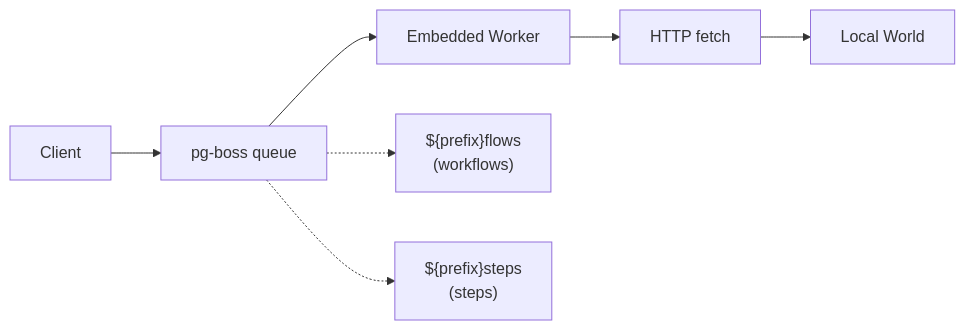
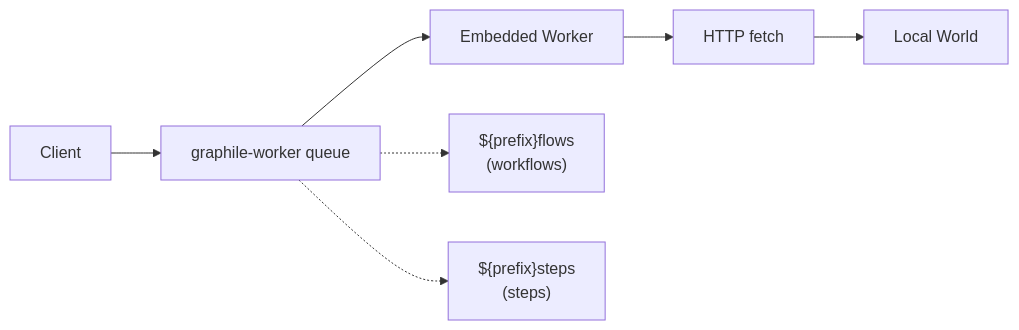
The diagram in packages/world-postgres/HOW_IT_WORKS.md (vercel/workflow), drawn with Mermaid before and after one commit. The commit also changed other lines of this file and 11 other files, not shown here.

````diff
--- a/packages/world-postgres/HOW_IT_WORKS.md
+++ b/packages/world-postgres/HOW_IT_WORKS.md
@@ -11,10 +11,10 @@
 ```mermaid
 graph LR
-    Client --> PG[pg-boss queue]
+    Client --> PG[graphile-worker queue]
     PG --> Worker[Embedded Worker]
     Worker --> HTTP[HTTP fetch]
     HTTP --> EW[Local World]
 
     PG -.-> F["${prefix}flows<br/>(workflows)"]
     PG -.-> S["${prefix}steps<br/>(steps)"]
 ```
````
